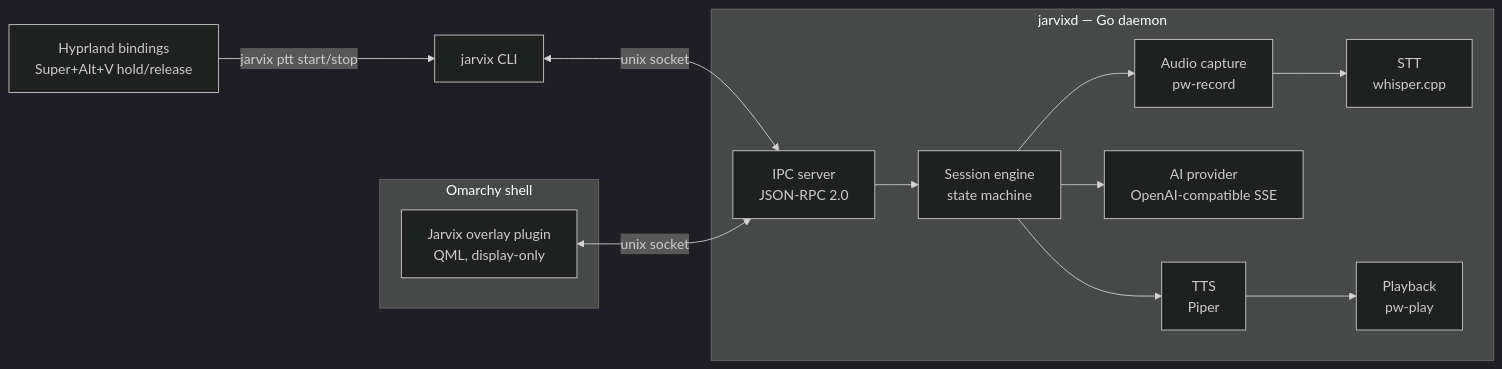
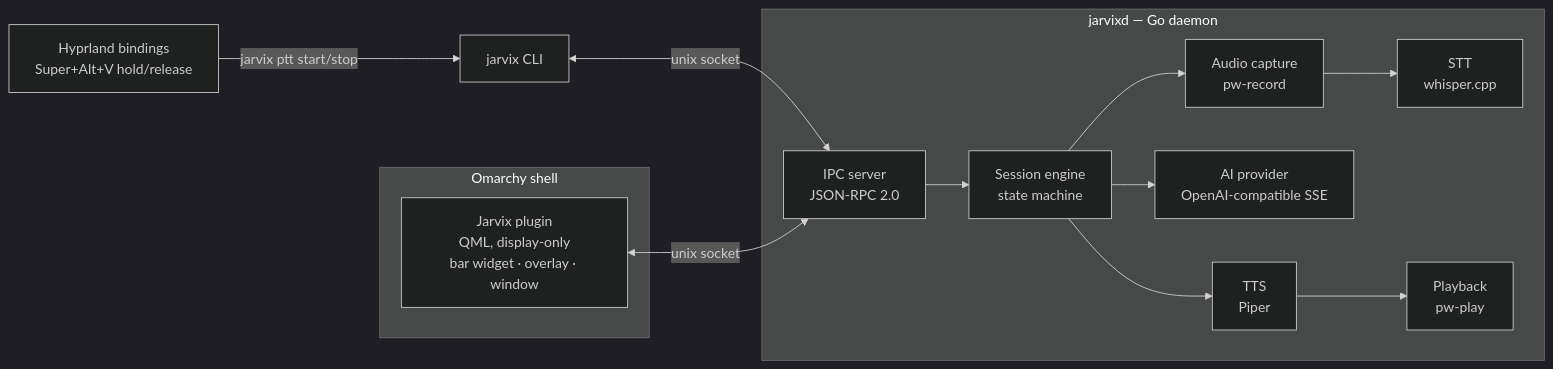
The first of 2 diagrams in docs/architecture.md (rpickz/jarvix), drawn with Mermaid (dark theme) before and after one commit. The commit also changed other lines of this file and 18 other files, not shown here.

````diff
--- a/docs/architecture.md
+++ b/docs/architecture.md
@@ -5,25 +5,25 @@
 ```mermaid
 flowchart LR
     subgraph Omarchy shell
-        overlay[Jarvix overlay plugin<br/>QML, display-only]
+        overlay[Jarvix plugin<br/>QML, display-only<br/>bar widget · overlay · window]
     end
     subgraph jarvixd [jarvixd — Go daemon]
         ipc[IPC server<br/>JSON-RPC 2.0]
         engine[Session engine<br/>state machine]
         rec[Audio capture<br/>pw-record]
         sttx[STT<br/>whisper.cpp]
         prov[AI provider<br/>OpenAI-compatible SSE]
         ttsx[TTS<br/>Piper]
         play[Playback<br/>pw-play]
     end
     cli[jarvix CLI]
     keys[Hyprland bindings<br/>Super+Alt+V hold/release]
 
     keys -->|jarvix ptt start/stop| cli
     cli <-->|unix socket| ipc
     overlay <-->|unix socket| ipc
     ipc --> engine
     engine --> rec --> sttx
     engine --> prov
     engine --> ttsx --> play
 ```
````
